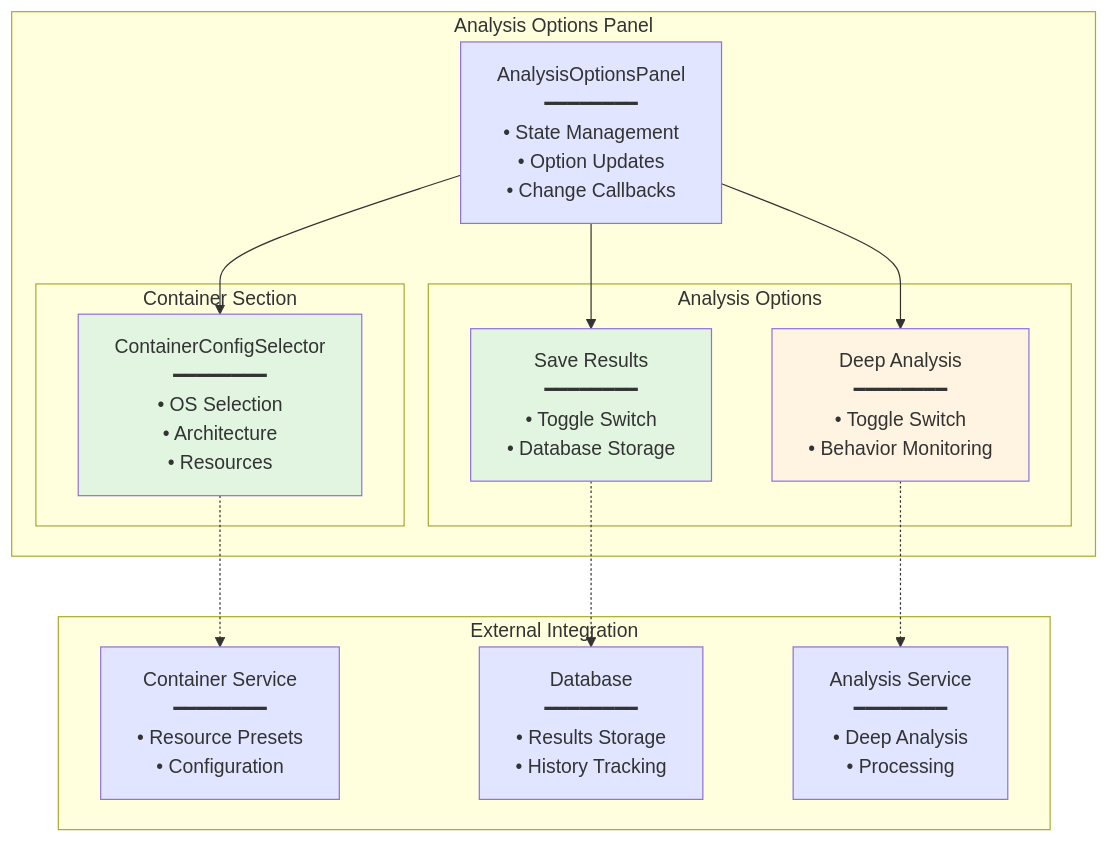
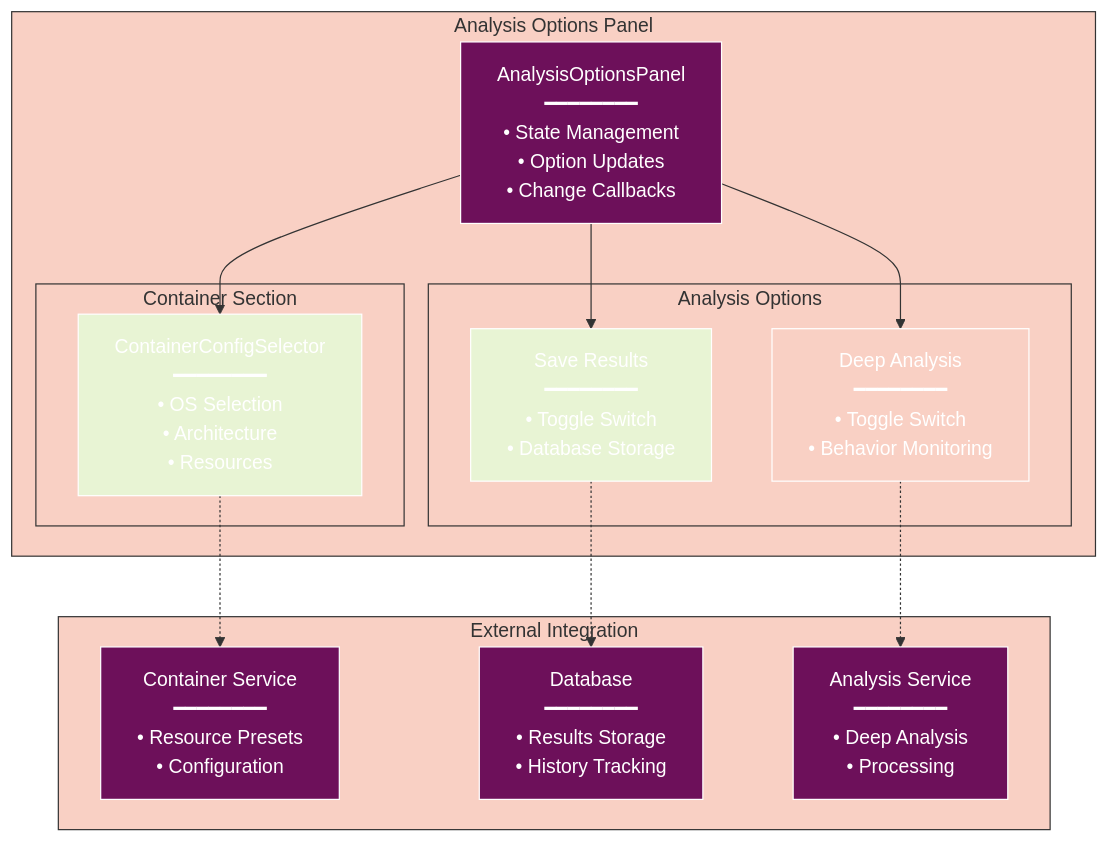
One commit to radicalkjax/Athena changed the first of 5 diagrams in docs/components/ANALYSIS_OPTIONS_PANEL.md. Above: the diagram before and after it, drawn with Mermaid. The commit also changed other lines of this file and 27 other files, not shown here.

Commit message:
Introduction of expo package manager. Updated docs to reflect changes. Unified mermaid theme for docs.

````diff
--- a/docs/components/ANALYSIS_OPTIONS_PANEL.md
+++ b/docs/components/ANALYSIS_OPTIONS_PANEL.md
@@ -7,37 +7,58 @@
 ```mermaid
+%%{init: {
+  'theme': 'base',
+  'themeVariables': {
+    'primaryColor': '#6d105a',
+    'primaryTextColor': '#ffffff',
+    'primaryBorderColor': '#ffffff',
+    'lineColor': '#333333',
+    'secondaryColor': '#e8f4d4',
+    'secondaryTextColor': '#333333',
+    'secondaryBorderColor': '#333333',
+    'tertiaryColor': '#f9d0c4',
+    'tertiaryTextColor': '#333333',
+    'tertiaryBorderColor': '#333333',
+    'background': '#ffffff',
+    'mainBkg': '#6d105a',
+    'secondBkg': '#e8f4d4',
+    'tertiaryBkg': '#f9d0c4',
+    'textColor': '#333333',
+    'fontFamily': 'Arial, sans-serif'
+  }
+}}%%
 graph TB
     subgraph "Analysis Options Panel"
         AOP[AnalysisOptionsPanel<br/>━━━━━━━━<br/>• State Management<br/>• Option Updates<br/>• Change Callbacks]
         
         subgraph "Container Section"
             CC[ContainerConfigSelector<br/>━━━━━━━━<br/>• OS Selection<br/>• Architecture<br/>• Resources]
         end
         
         subgraph "Analysis Options"
             DA[Deep Analysis<br/>━━━━━━━━<br/>• Toggle Switch<br/>• Behavior Monitoring]
             SR[Save Results<br/>━━━━━━━━<br/>• Toggle Switch<br/>• Database Storage]
         end
     end
     
     subgraph "External Integration"
         CS[Container Service<br/>━━━━━━━━<br/>• Resource Presets<br/>• Configuration]
         DB[Database<br/>━━━━━━━━<br/>• Results Storage<br/>• History Tracking]
         AS[Analysis Service<br/>━━━━━━━━<br/>• Deep Analysis<br/>• Processing]
     end
     
     AOP --> CC
     AOP --> DA
     AOP --> SR
     
     CC -.-> CS
     SR -.-> DB
     DA -.-> AS
     
-    style AOP fill:#e1e5ff
-    style CC fill:#e1f5e1
-    style DA fill:#fff4e1
-    style SR fill:#e1f5e1
-    style CS fill:#e1e5ff
-    style DB fill:#e1e5ff
-    style AS fill:#e1e5ff
+    style AOP fill:#6d105a
+    style CC fill:#e8f4d4
+    style DA fill:#f9d0c4
+    style SR fill:#e8f4d4
+    style CS fill:#6d105a
+    style DB fill:#6d105a
+    style AS fill:#6d105a
 ```
````
